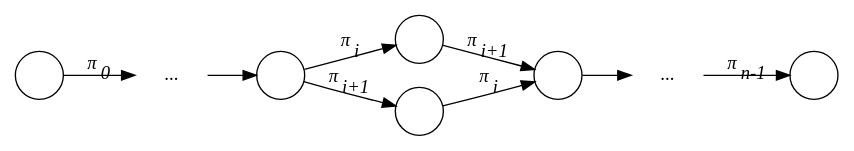
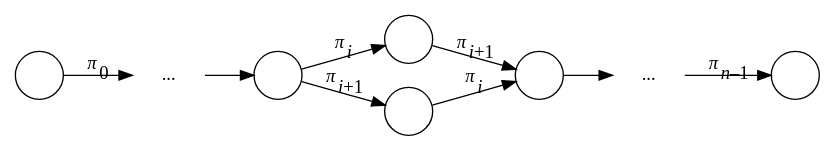
One commit to isaac-dunn/Part2_Project changed the diagram in diss/figs/seqequiv.gv. Above: the diagram before and after it, drawn with Graphviz. The commit also changed 1 other file, not shown here.

Commit message:
Properly do seqeuiv figure: numbers not italic

```diff
--- a/diss/figs/seqequiv.gv
+++ b/diss/figs/seqequiv.gv
@@ -1,17 +1,16 @@
 digraph SeqEquiv {
     rankdir=LR;
-    fontname="Palatino-Italic";
     node [shape=circle, fixedsize=true, label=""];
-    edge [fontname="Palatino-Italic"];
+    edge [fontname="Palatino"];
     dots1, dots2 [shape=none, label="..."];
 
-    init -> dots1 [label=<&#960;<sub>0</sub>>];
+    init -> dots1 [label=<<i>&#960;</i><sub>0</sub>>];
     dots1 -> 0;
-    0 -> 1 [label=<&#960;<sub>i</sub>>];
-    0 -> 2 [label=<&#960;<sub>i+1</sub>>];
-    1 -> 12 [label=<&#960;<sub>i+1</sub>>];
-    2 -> 12 [label=<&#960;<sub>i</sub>>];
+    0 -> 1 [label=<<i>&#960;</i><sub><i>i</i></sub>>];
+    0 -> 2 [label=<<i>&#960;</i><sub><i>i</i>+1</sub>>];
+    1 -> 12 [label=<<i>&#960;</i><sub><i>i</i>+1</sub>>];
+    2 -> 12 [label=<<i>&#960;</i><sub><i>i</i></sub>>];
     12 -> dots2
-    dots2 -> final [label=<&#960;<sub>n-1</sub>>];
+    dots2 -> final [label=<<i>&#960;</i><sub><i>n</i>&ndash;1</sub>>];
 
 }
```
